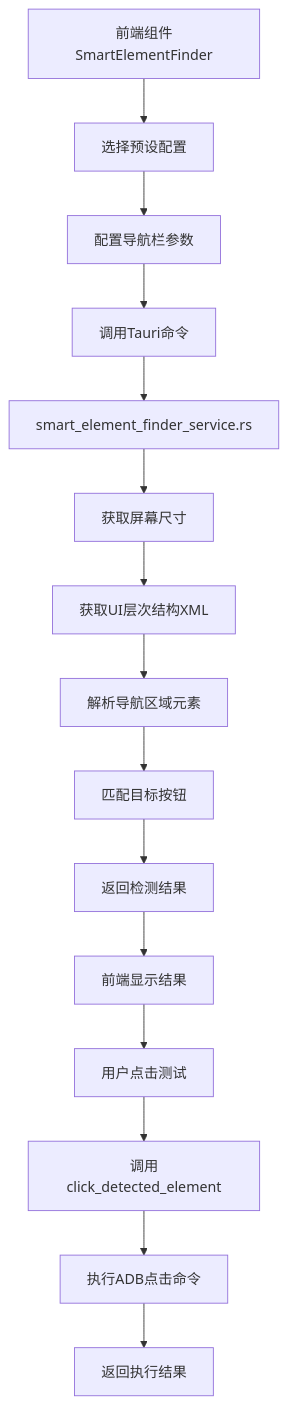
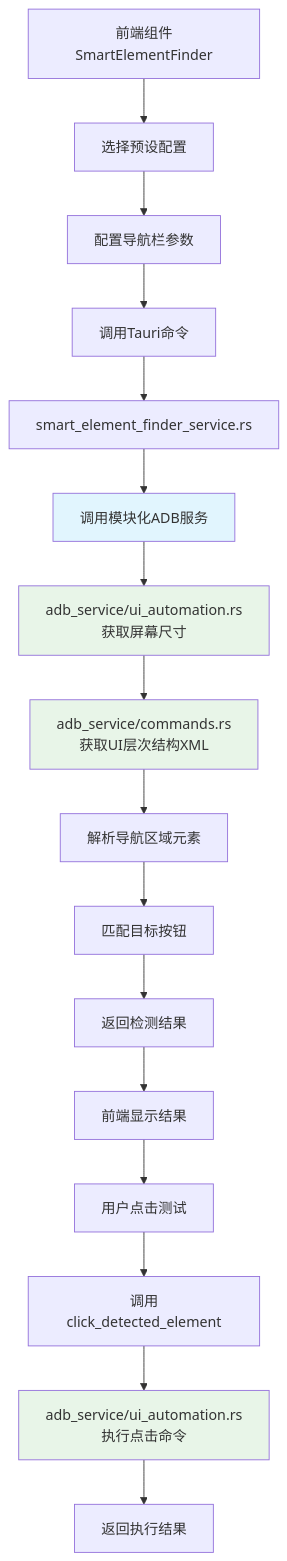
One commit to wyw121/employeeGUI changed the first of 2 diagrams in 智能元素查找器功能模块文档.md. Above: the diagram before and after it, drawn with Mermaid. The commit also changed other lines of this file, not shown here.

````diff
--- a/智能元素查找器功能模块文档.md
+++ b/智能元素查找器功能模块文档.md
@@ -236,17 +334,23 @@
 ```mermaid
 graph TD
     A[前端组件SmartElementFinder] --> B[选择预设配置]
     B --> C[配置导航栏参数]
     C --> D[调用Tauri命令]
     D --> E[smart_element_finder_service.rs]
-    E --> F[获取屏幕尺寸]
-    F --> G[获取UI层次结构XML]
-    G --> H[解析导航区域元素]
-    H --> I[匹配目标按钮]
-    I --> J[返回检测结果]
-    J --> K[前端显示结果]
-    K --> L[用户点击测试]
-    L --> M[调用click_detected_element]
-    M --> N[执行ADB点击命令]
-    N --> O[返回执行结果]
+    E --> F[调用模块化ADB服务]
+    F --> F1[adb_service/ui_automation.rs<br/>获取屏幕尺寸]
+    F1 --> F2[adb_service/commands.rs<br/>获取UI层次结构XML]
+    F2 --> G[解析导航区域元素]
+    G --> H[匹配目标按钮]
+    H --> I[返回检测结果]
+    I --> J[前端显示结果]
+    J --> K[用户点击测试]
+    K --> L[调用click_detected_element]
+    L --> M[adb_service/ui_automation.rs<br/>执行点击命令]
+    M --> N[返回执行结果]
+    
+    style F fill:#e1f5fe
+    style F1 fill:#e8f5e8
+    style F2 fill:#e8f5e8
+    style M fill:#e8f5e8
 ```
````
